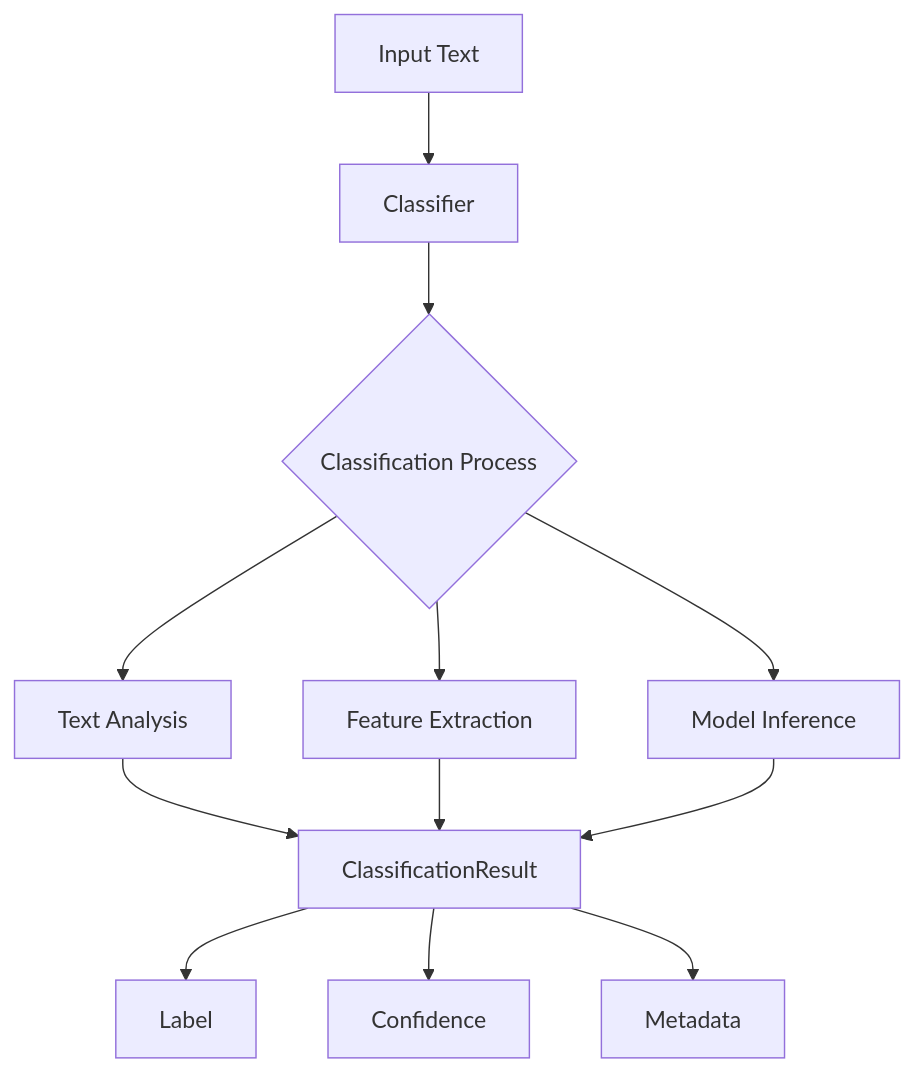
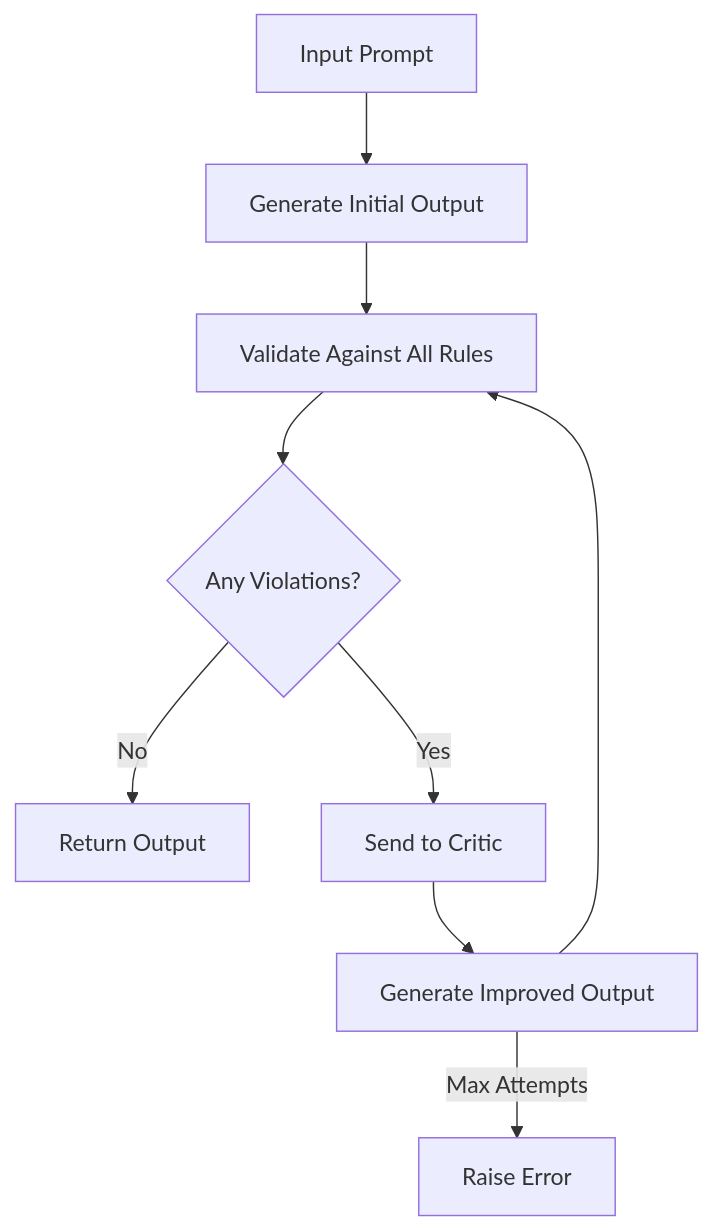
Before and after one commit to sifaka-ai/sifaka: the diagram in README.md, drawn with Mermaid. The commit also changed other lines of this file and 15 other files, not shown here.

````diff
--- a/README.md
+++ b/README.md
@@ -1380,14 +213,11 @@
 ```mermaid
 graph TD
-    A[Input Text] --> B[Classifier]
-    B --> C{Classification Process}
-    C --> D[Text Analysis]
-    C --> E[Feature Extraction]
-    C --> F[Model Inference]
-    D --> G[ClassificationResult]
-    E --> G
-    F --> G
-    G --> H[Label]
-    G --> I[Confidence]
-    G --> J[Metadata]
+    A[Input Prompt] --> B[Generate Initial Output]
+    B --> C[Validate Against All Rules]
+    C --> D{Any Violations?}
+    D -->|No| E[Return Output]
+    D -->|Yes| F[Send to Critic]
+    F --> G[Generate Improved Output]
+    G --> C
+    G -->|Max Attempts| H[Raise Error]
 ```
````
